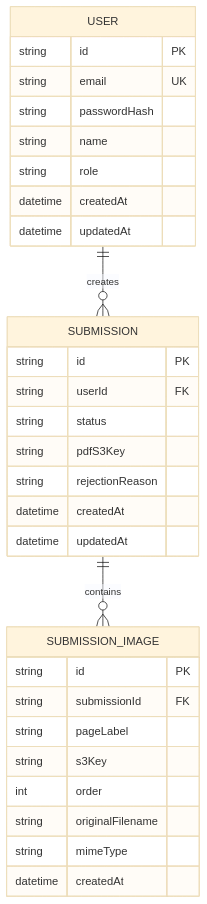
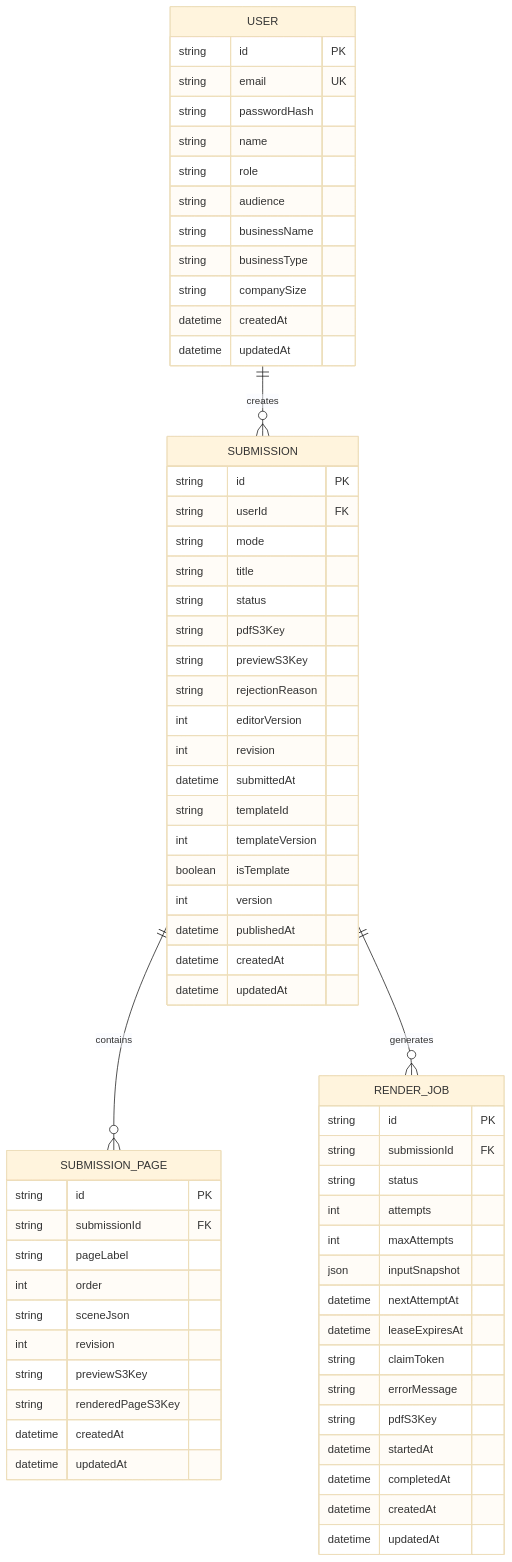
The third of 9 diagrams in .qoder/repowiki/en/content/Configuration & Environment/Database & Prisma Setup.md (Crowdspender/titchybooks-app), drawn with Mermaid (base theme) before and after one commit. The commit also changed other lines of this file and 23 other files, not shown here.

Commit message:
fix: address CodeRabbit review findings (docs accuracy, error UI, editor history, render snapshot)

````diff
--- a/.qoder/repowiki/en/content/Configuration & Environment/Database & Prisma Setup.md
+++ b/.qoder/repowiki/en/content/Configuration & Environment/Database & Prisma Setup.md
@@ -123,33 +162,68 @@
 ```mermaid
 erDiagram
 USER {
 string id PK
 string email UK
 string passwordHash
 string name
 string role
+string audience
+string businessName
+string businessType
+string companySize
 datetime createdAt
 datetime updatedAt
 }
 SUBMISSION {
 string id PK
 string userId FK
+string mode
+string title
 string status
 string pdfS3Key
+string previewS3Key
 string rejectionReason
+int editorVersion
+int revision
+datetime submittedAt
+string templateId
+int templateVersion
+boolean isTemplate
+int version
+datetime publishedAt
 datetime createdAt
 datetime updatedAt
 }
-SUBMISSION_IMAGE {
+SUBMISSION_PAGE {
 string id PK
 string submissionId FK
 string pageLabel
-string s3Key
 int order
-string originalFilename
-string mimeType
+string sceneJson
+int revision
+string previewS3Key
+string renderedPageS3Key
 datetime createdAt
+datetime updatedAt
+}
+RENDER_JOB {
+string id PK
+string submissionId FK
+string status
+int attempts
+int maxAttempts
+json inputSnapshot
+datetime nextAttemptAt
+datetime leaseExpiresAt
+string claimToken
+string errorMessage
+string pdfS3Key
+datetime startedAt
+datetime completedAt
+datetime createdAt
+datetime updatedAt
 }
 USER ||--o{ SUBMISSION : "creates"
-SUBMISSION ||--o{ SUBMISSION_IMAGE : "contains"
+SUBMISSION ||--o{ SUBMISSION_PAGE : "contains"
+SUBMISSION ||--o{ RENDER_JOB : "generates"
 ```
````
